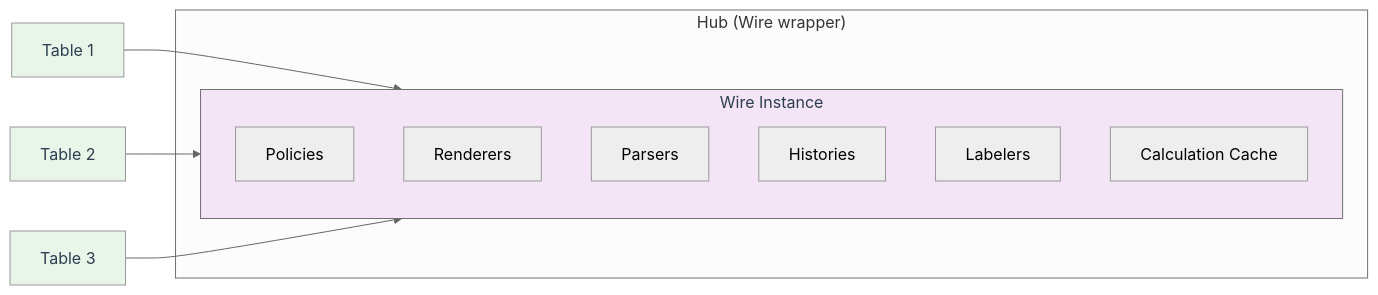
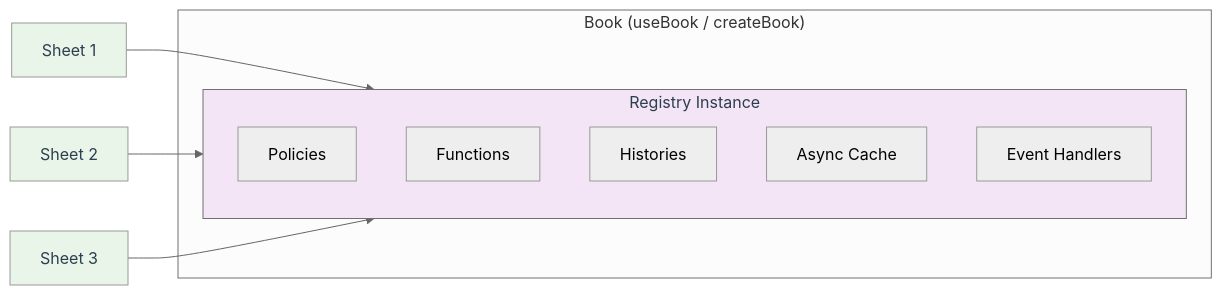
One commit to walkframe/gridsheet changed the first of 5 diagrams in packages/docs/pages/development/architecture.mdx. Above: the diagram before and after it, drawn with Mermaid (neutral theme). The commit also changed other lines of this file and 17 other files, not shown here.

````diff
--- a/packages/docs/pages/development/architecture.mdx
+++ b/packages/docs/pages/development/architecture.mdx
@@ -11,26 +11,25 @@
 ```mermaid
 graph LR
-    subgraph HUB ["Hub (Wire wrapper)"]
-        subgraph WI["Wire Instance"]
+    subgraph BOOK ["Book (useBook / createBook)"]
+        subgraph REG["Registry Instance"]
             P["Policies"]
-            R["Renderers"]
-            PR["Parsers"]
+            FN["Functions"]
             HIST["Histories"]
-            L["Labelers"]
-            CACHE["Calculation Cache"]
+            CACHE["Async Cache"]
+            EV["Event Handlers"]
         end
     end
     
-    T1["Table 1"]
-    T2["Table 2"]
-    T3["Table 3"]
+    T1["Sheet 1"]
+    T2["Sheet 2"]
+    T3["Sheet 3"]
     
-    T1 --> WI
-    T2 --> WI
-    T3 --> WI
+    T1 --> REG
+    T2 --> REG
+    T3 --> REG
     
-    style WI fill:#f3e5f5,color:#2c3e50
+    style REG fill:#f3e5f5,color:#2c3e50
     style T1 fill:#e8f5e8,color:#2c3e50
     style T2 fill:#e8f5e8,color:#2c3e50
     style T3 fill:#e8f5e8,color:#2c3e50
 ```
````
